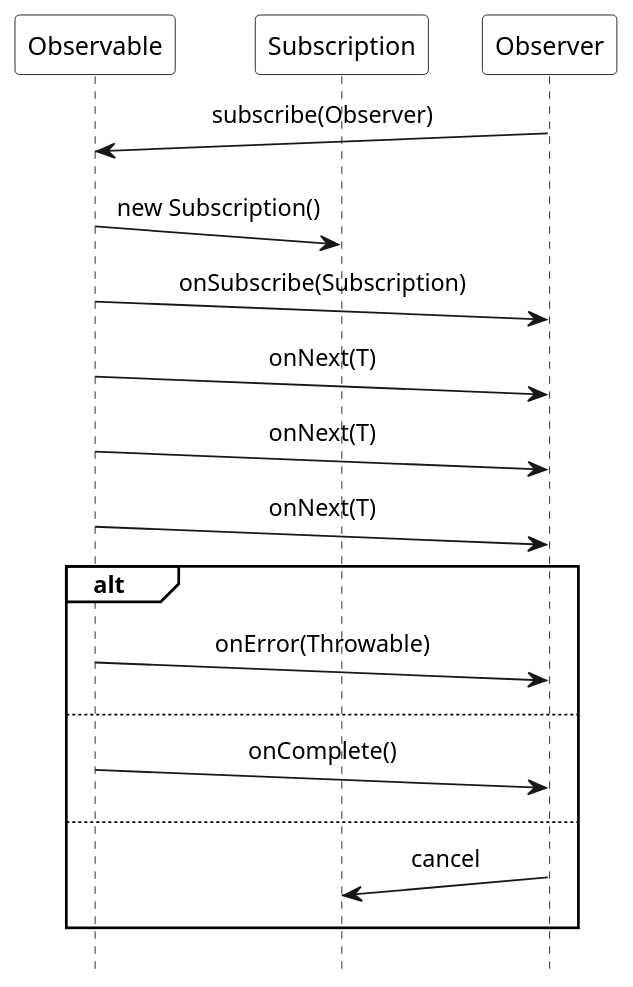
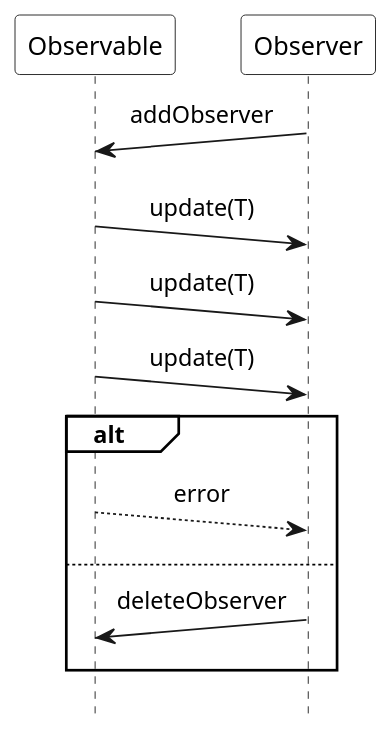
Before and after one commit to ti-cortex-m4/demo-java-reactive-streams-old: the diagram in images/pattern_Observer.puml, drawn with PlantUML.

```diff
--- a/images/pattern_Observer.puml
+++ b/images/pattern_Observer.puml
@@ -1,36 +1,31 @@
 @startuml
 
 scale 1.2
 hide footbox
 
 !pragma teoz true
 
 skinparam monochrome true
 skinparam defaultFontName Source Sans Pro
 skinparam sequenceMessageAlign center
 skinparam participantBackgroundColor #white
 skinparam noteBackgroundColor #white
 skinparam sequenceGroupBackgroundColor #white
 skinparam participantPadding 10
 
 participant Observable
-participant Subscription
 participant Observer
 
-Observer ->(10) Observable : subscribe(Observer)
-Observable ->(10) Subscription : new Subscription()
-Observable ->(10) Observer : onSubscribe(Subscription)
+Observer ->(10) Observable : addObserver
 
-Observable ->(10) Observer : onNext(T)
-Observable ->(10) Observer : onNext(T)
-Observable ->(10) Observer : onNext(T)
+Observable ->(10) Observer : update(T)
+Observable ->(10) Observer : update(T)
+Observable ->(10) Observer : update(T)
 
 alt
-    Observable ->(10) Observer : onError(Throwable)
+    Observable -->(10) Observer : error
 else
-    Observable ->(10) Observer : onComplete()
-else
-    Observer ->(10) Subscription : cancel
+    Observer ->(10) Observable : deleteObserver
 end
 
 @enduml
```
